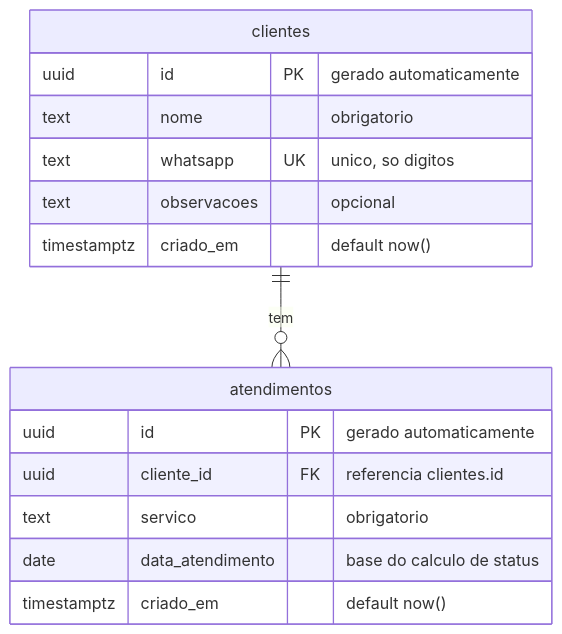
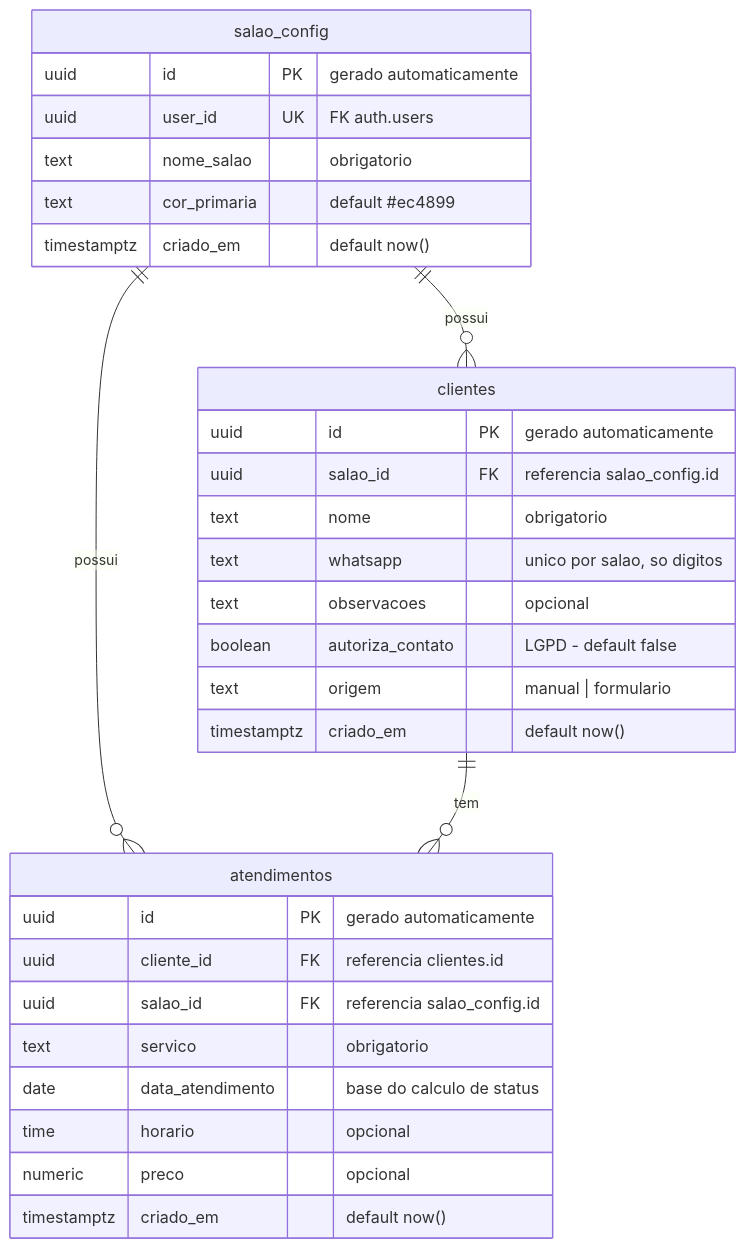
One commit to daviriquelme2011barbosa-sys/Sistema-Manicure changed the diagram in docs/ERD-sistema-reativacao-salao.md. Above: the diagram before and after it, drawn with Mermaid. The commit also changed other lines of this file and 4 other files, not shown here.

````diff
--- a/docs/ERD-sistema-reativacao-salao.md
+++ b/docs/ERD-sistema-reativacao-salao.md
@@ -13,18 +13,33 @@
 ```mermaid
 erDiagram
+    salao_config ||--o{ clientes : "possui"
+    salao_config ||--o{ atendimentos : "possui"
     clientes ||--o{ atendimentos : "tem"
+    salao_config {
+        uuid id PK "gerado automaticamente"
+        uuid user_id UK "FK auth.users"
+        text nome_salao "obrigatorio"
+        text cor_primaria "default #ec4899"
+        timestamptz criado_em "default now()"
+    }
     clientes {
         uuid id PK "gerado automaticamente"
+        uuid salao_id FK "referencia salao_config.id"
         text nome "obrigatorio"
-        text whatsapp UK "unico, so digitos"
+        text whatsapp "unico por salao, so digitos"
         text observacoes "opcional"
+        boolean autoriza_contato "LGPD - default false"
+        text origem "manual | formulario"
         timestamptz criado_em "default now()"
     }
     atendimentos {
         uuid id PK "gerado automaticamente"
         uuid cliente_id FK "referencia clientes.id"
+        uuid salao_id FK "referencia salao_config.id"
         text servico "obrigatorio"
         date data_atendimento "base do calculo de status"
+        time horario "opcional"
+        numeric preco "opcional"
         timestamptz criado_em "default now()"
     }
 ```
````
